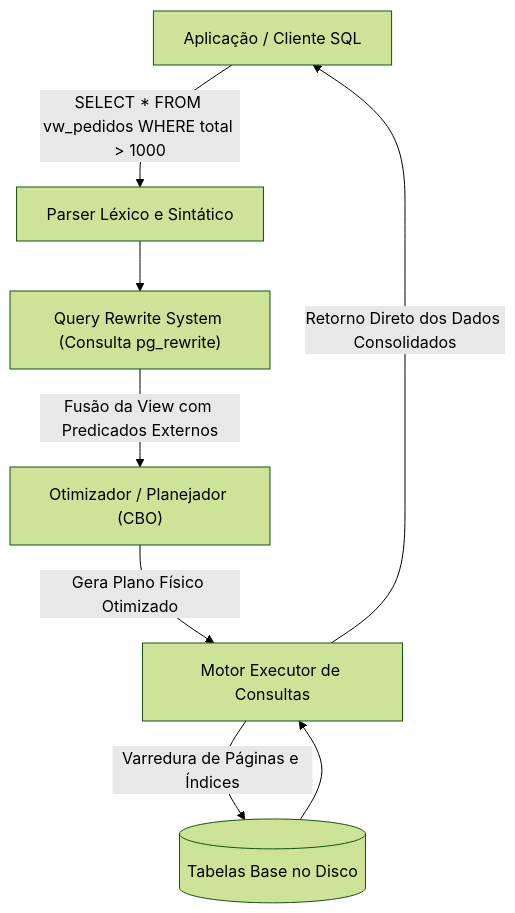
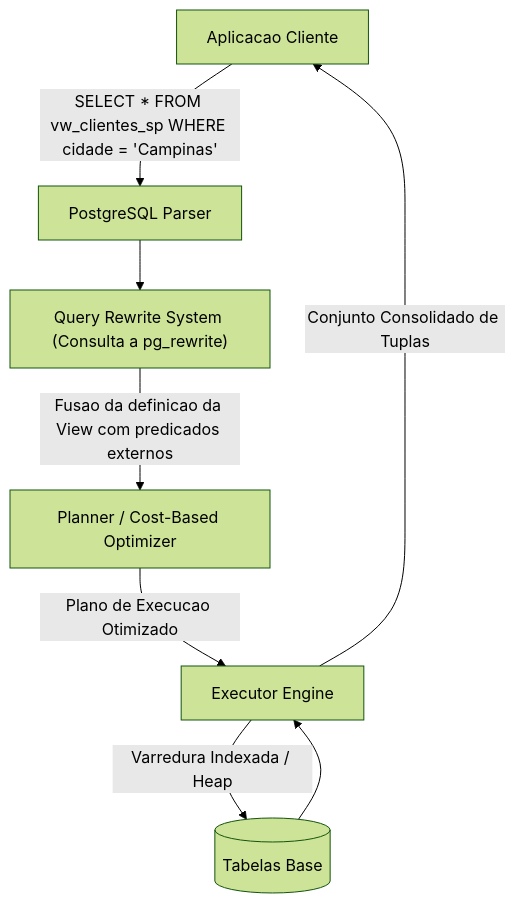
One commit to murilolol/unifef changed the first of 13 diagrams in 4º Semestre/[Prof. Welington Garcia] Tópicos Avançados em Banco de Dados/Resumos-IA/Caderno-Consolidado.md. Above: the diagram before and after it, drawn with Mermaid (forest theme). The commit also changed other lines of this file and 25 other files, not shown here.

````diff
--- a/4º Semestre/[Prof. Welington Garcia] Tópicos Avançados em Banco de Dados/Resumos-IA/Caderno-Consolidado.md
+++ b/4º Semestre/[Prof. Welington Garcia] Tópicos Avançados em Banco de Dados/Resumos-IA/Caderno-Consolidado.md
@@ -240,10 +131,10 @@
 ```mermaid
 flowchart TD
-  Client["Aplicação / Cliente SQL"] -->|"SELECT * FROM vw_pedidos WHERE total > 1000"| Parser["Parser Léxico e Sintático"]
-  Parser --> Rewriter["Query Rewrite System (Consulta pg_rewrite)"]
-  Rewriter -->|"Fusão da View com Predicados Externos"| Planner["Otimizador / Planejador (CBO)"]
-  Planner -->|"Gera Plano Físico Otimizado"| Executor["Motor Executor de Consultas"]
-  Executor -->|"Varredura de Páginas e Índices"| Storage[("Tabelas Base no Disco")]
-  Storage --> Executor
-  Executor -->|"Retorno Direto dos Dados Consolidados"| Client
+  Cli["Aplicacao Cliente"] -->|"SELECT * FROM vw_clientes_sp WHERE cidade = 'Campinas'"| Parser["PostgreSQL Parser"]
+  Parser --> Rewrite["Query Rewrite System (Consulta a pg_rewrite)"]
+  Rewrite -->|"Fusao da definicao da View com predicados externos"| Planner["Planner / Cost-Based Optimizer"]
+  Planner -->|"Plano de Execucao Otimizado"| Engine["Executor Engine"]
+  Engine -->|"Varredura Indexada / Heap"| Disk[("Tabelas Base")]
+  Disk --> Engine
+  Engine -->|"Conjunto Consolidado de Tuplas"| Cli
 ```
````
